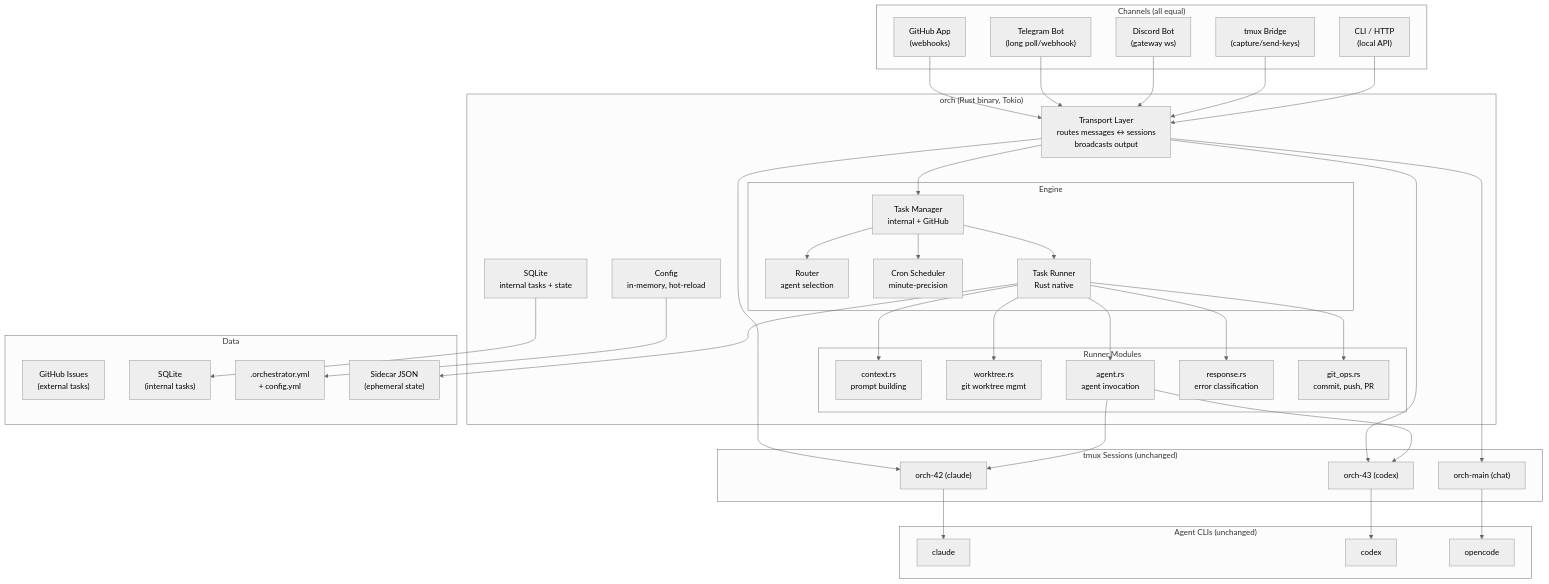
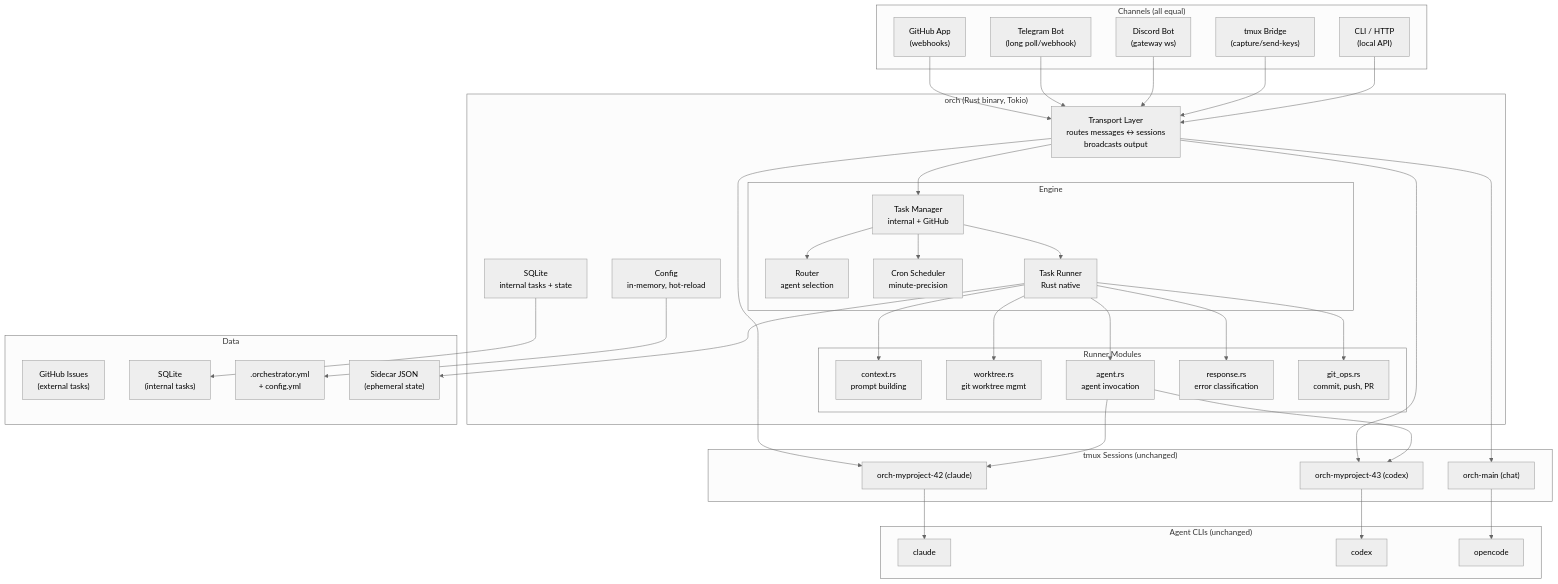
The third of 3 diagrams in PLAN.md (gabrielkoerich/orch), drawn with Mermaid (neutral theme) before and after one commit. The commit also changed other lines of this file and 11 other files, not shown here.

````diff
--- a/PLAN.md
+++ b/PLAN.md
@@ -200,82 +200,82 @@
 ```mermaid
 graph TB
     subgraph "Channels (all equal)"
         GH_CH["GitHub App<br/>(webhooks)"]
         TG_CH["Telegram Bot<br/>(long poll/webhook)"]
         DC_CH["Discord Bot<br/>(gateway ws)"]
         TMUX_CH["tmux Bridge<br/>(capture/send-keys)"]
         CLI_CH["CLI / HTTP<br/>(local API)"]
     end
 
     subgraph "orch (Rust binary, Tokio)"
         TRANSPORT["Transport Layer<br/>routes messages ↔ sessions<br/>broadcasts output"]
 
         subgraph "Engine"
             TASKS["Task Manager<br/>internal + GitHub"]
             ROUTER["Router<br/>agent selection"]
             SCHEDULER["Cron Scheduler<br/>minute-precision"]
             RUNNER["Task Runner<br/>Rust native"]
         end
 
         subgraph "Runner Modules"
             CTX["context.rs<br/>prompt building"]
             WT["worktree.rs<br/>git worktree mgmt"]
             AGT["agent.rs<br/>agent invocation"]
             RESP["response.rs<br/>error classification"]
             GITOPS["git_ops.rs<br/>commit, push, PR"]
         end
 
         CONFIG_RS["Config<br/>in-memory, hot-reload"]
         SQLITE["SQLite<br/>internal tasks + state"]
     end
 
     subgraph "Agent CLIs (unchanged)"
         CL["claude"]
         CO["codex"]
         OC["opencode"]
     end
 
     subgraph "tmux Sessions (unchanged)"
-        T1["orch-42 (claude)"]
-        T2["orch-43 (codex)"]
+        T1["orch-myproject-42 (claude)"]
+        T2["orch-myproject-43 (codex)"]
         T3["orch-main (chat)"]
     end
 
     subgraph "Data"
         GH_ISSUES["GitHub Issues<br/>(external tasks)"]
         LOCAL_DB["SQLite<br/>(internal tasks)"]
         YAML[".orchestrator.yml<br/>+ config.yml"]
         SIDE["Sidecar JSON<br/>(ephemeral state)"]
     end
 
     GH_CH --> TRANSPORT
     TG_CH --> TRANSPORT
     DC_CH --> TRANSPORT
     TMUX_CH --> TRANSPORT
     CLI_CH --> TRANSPORT
 
     TRANSPORT --> TASKS
     TRANSPORT --> T1
     TRANSPORT --> T2
     TRANSPORT --> T3
 
     TASKS --> ROUTER
     TASKS --> SCHEDULER
     TASKS --> RUNNER
 
     RUNNER --> CTX
     RUNNER --> WT
     RUNNER --> AGT
     RUNNER --> RESP
     RUNNER --> GITOPS
     AGT --> T1
     AGT --> T2
 
     T1 --> CL
     T2 --> CO
     T3 --> OC
 
     SQLITE --> LOCAL_DB
     CONFIG_RS --> YAML
     RUNNER --> SIDE
 ```
````
